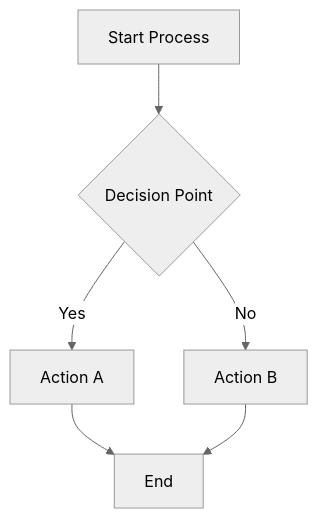
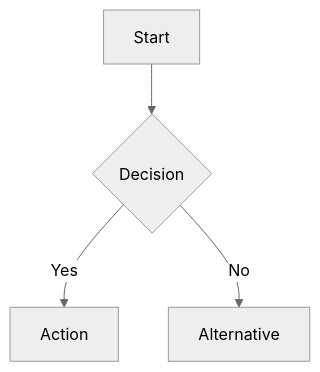
One commit to kareddy-dev/explore changed the diagram in CLAUDE.md. Above: the diagram before and after it, drawn with Mermaid (neutral theme). The commit also changed other lines of this file and 1 other file, not shown here.

First line of the commit message:
Enhance Mermaid documentation and add comprehensive guide

````diff
--- a/CLAUDE.md
+++ b/CLAUDE.md
@@ -95,8 +102,6 @@
 ```mermaid
 flowchart TD
-    A[Start Process] --> B{Decision Point}
-    B -->|Yes| C[Action A]
-    B -->|No| D[Action B]
-    C --> E[End]
-    D --> E
+    A[Start] --> B{Decision}
+    B -->|Yes| C[Action]
+    B -->|No| D[Alternative]
 ```
````
